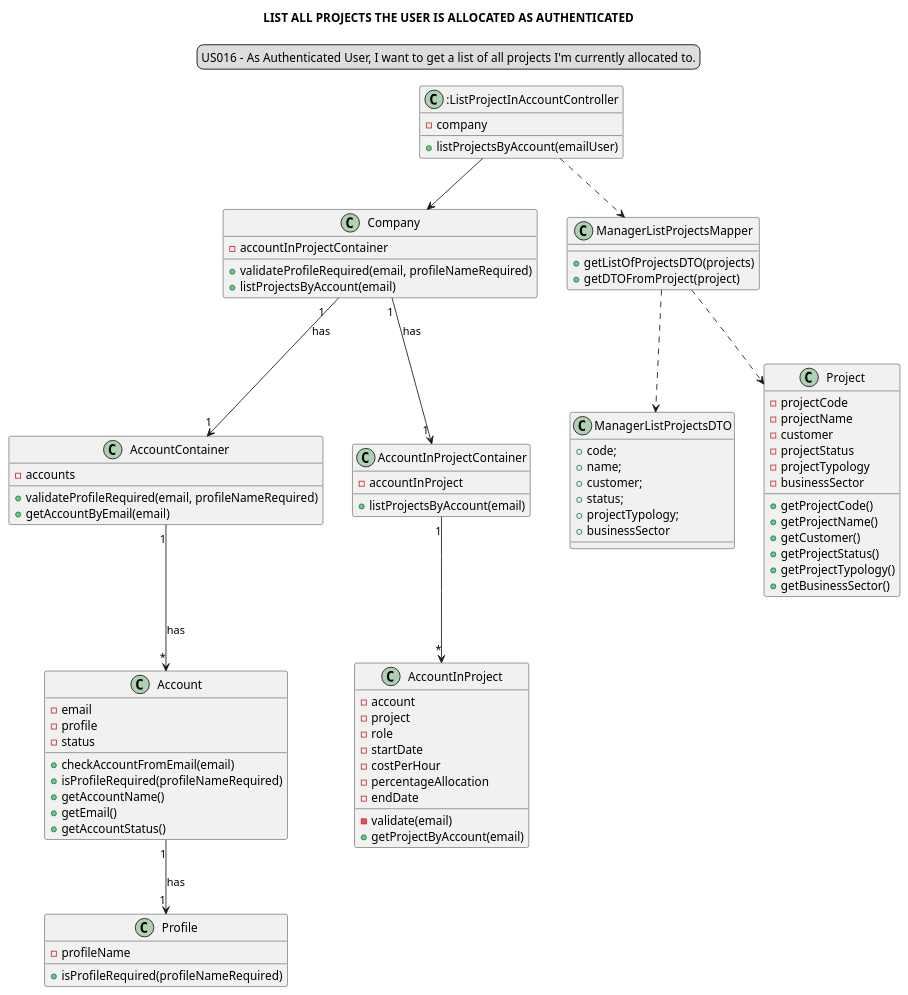
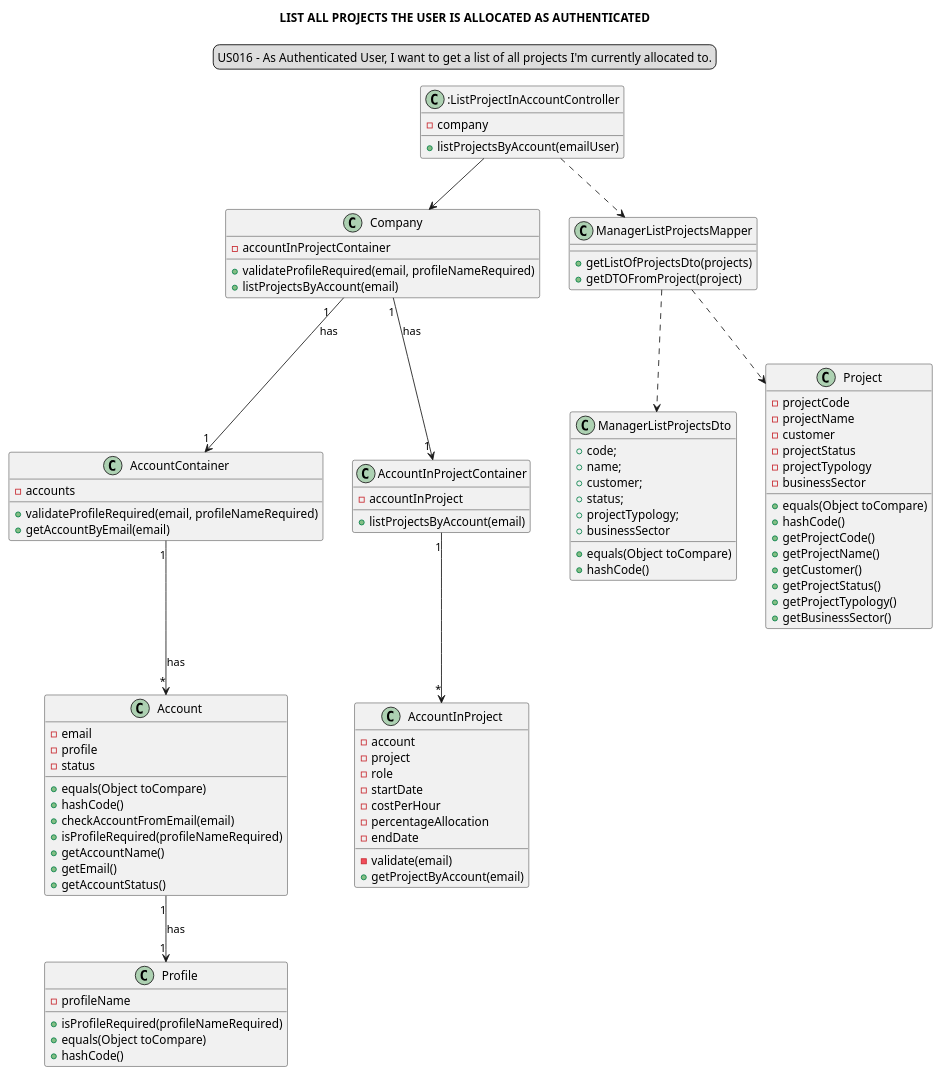
One commit to Loracline/project_switch_22-23 changed the diagram in docs/modelling_design/user_stories/sprint02/us016/US016_classDiagram.puml. Above: the diagram before and after it, drawn with PlantUML. The commit also changed 10 other files, not shown here.

Commit message:
No US number: Design: Refinement of class diagrams

```diff
--- a/docs/modelling_design/user_stories/sprint02/us016/US016_classDiagram.puml
+++ b/docs/modelling_design/user_stories/sprint02/us016/US016_classDiagram.puml
@@ -1,101 +1,109 @@
 @startuml
 'https://plantuml.com/sequence-diagram
 
 legend top
 US016 - As Authenticated User, I want to get a list of all projects I'm currently allocated to.
 end legend
 skinparam sequenceMessageAlign center
 title LIST ALL PROJECTS THE USER IS ALLOCATED AS AUTHENTICATED
 
 class ":ListProjectInAccountController" {
 - company
 + listProjectsByAccount(emailUser)
 }
 class "Company" {
 - accountInProjectContainer
 +validateProfileRequired(email, profileNameRequired)
 + listProjectsByAccount(email)
 }
 
 class "AccountContainer" {
 -accounts
 +validateProfileRequired(email, profileNameRequired)
 +getAccountByEmail(email)
 }
 
 class "Account" {
 -email
 -profile
 -status
++equals(Object toCompare)
++hashCode()
 +checkAccountFromEmail(email)
 +isProfileRequired(profileNameRequired)
 +getAccountName()
 +getEmail()
 +getAccountStatus()
 }
 
 class "Profile"{
 -profileName
 +isProfileRequired(profileNameRequired)
++equals(Object toCompare)
++hashCode()
 }
 
 
 class "AccountInProjectContainer"{
 - accountInProject
 + listProjectsByAccount(email)
 }
 
 class "AccountInProject"{
 -account
 -project
 -role
 -startDate
 -costPerHour
 -percentageAllocation
 -endDate
 -validate(email)
 + getProjectByAccount(email)
 }
 
 class "ManagerListProjectsMapper"{
-+getListOfProjectsDTO(projects)
++getListOfProjectsDto(projects)
 +getDTOFromProject(project)
 }
 
-class "ManagerListProjectsDTO"{
+class "ManagerListProjectsDto"{
 +code;
 +name;
 +customer;
 +status;
 +projectTypology;
 +businessSector
++equals(Object toCompare)
++hashCode()
 }
 
 class "Project"{
 -projectCode
 -projectName
 -customer
 -projectStatus
 -projectTypology
 -businessSector
++equals(Object toCompare)
++hashCode()
 +getProjectCode()
 +getProjectName()
 +getCustomer()
 +getProjectStatus()
 +getProjectTypology()
 +getBusinessSector()
 }
 
 "ManagerListProjectsMapper" ..> "Project"
 ":ListProjectInAccountController"-->"Company"
 "Company" "1"--> "     1""AccountInProjectContainer": has
 "Company" "1   " --> "     1" "AccountContainer": has
 "AccountInProjectContainer" "1"--> "*" "AccountInProject"
 "AccountContainer" "1" --> "*" "Account": has
 "Account" "1" --> "1""Profile": has
 ":ListProjectInAccountController"..> "ManagerListProjectsMapper"
-"ManagerListProjectsMapper"..> "ManagerListProjectsDTO"
+"ManagerListProjectsMapper"..> "ManagerListProjectsDto"
 
 
 
 @enduml
```
